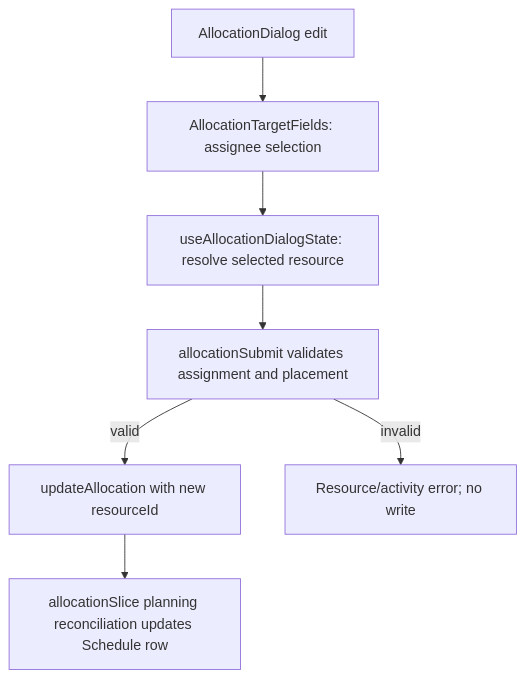
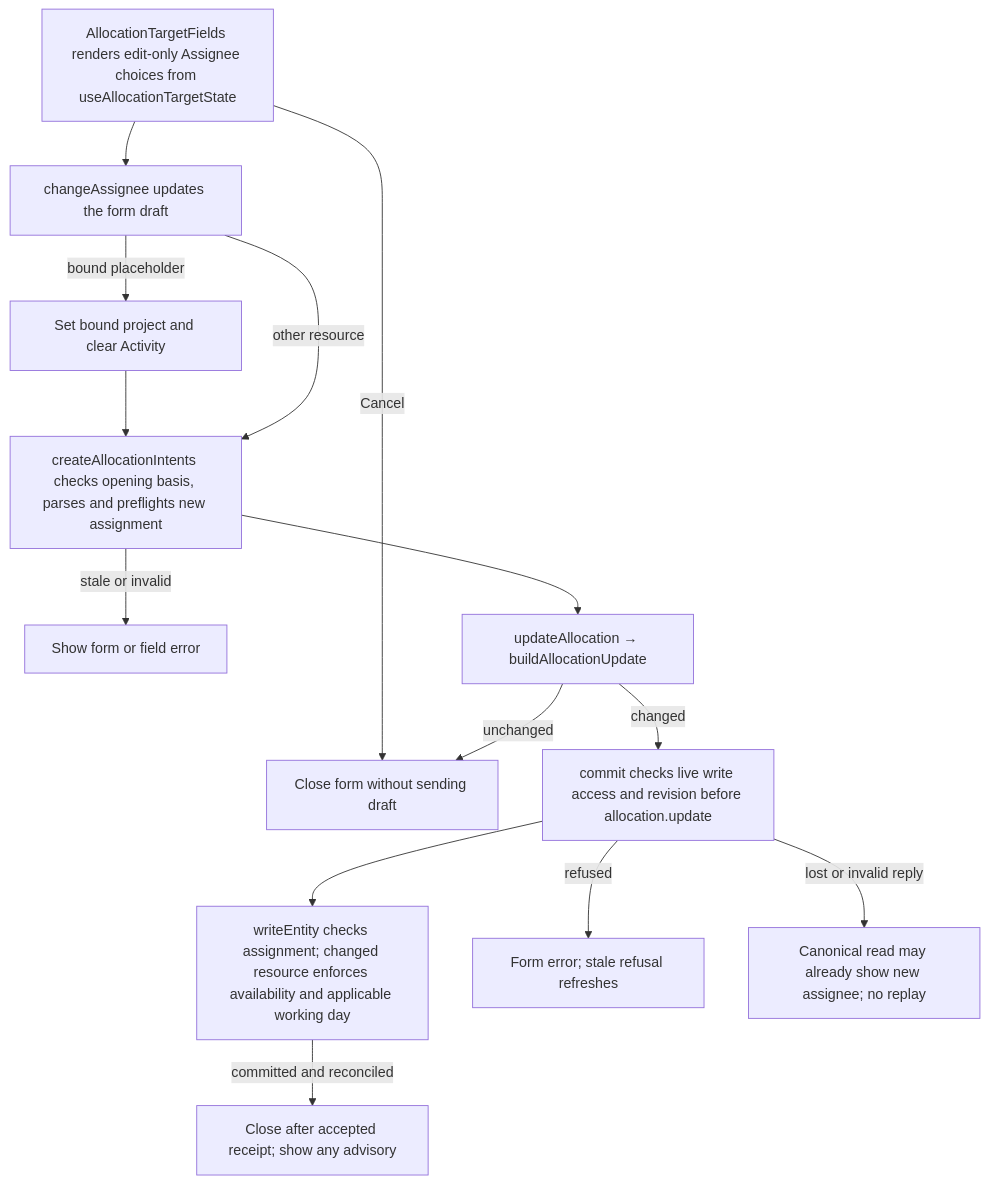
Before and after one commit to Kevinjohn/capacitylens: the second of 2 diagrams in user-stories/allocation/US-ALL-06-change-assignee.md, drawn with Mermaid. The commit also changed other lines of this file and 172 other files, not shown here.

Commit message:
docs: reconcile user story code flows with source

````diff
--- a/user-stories/allocation/US-ALL-06-change-assignee.md
+++ b/user-stories/allocation/US-ALL-06-change-assignee.md
@@ -40,9 +40,16 @@
 ```mermaid
 flowchart TD
-  A["AllocationDialog edit"] --> B["AllocationTargetFields: assignee selection"]
-  B --> C["useAllocationDialogState: resolve selected resource"]
-  C --> D["allocationSubmit validates assignment and placement"]
-  D -->|valid| E["updateAllocation with new resourceId"]
-  D -->|invalid| F["Resource/activity error; no write"]
-  E --> G["allocationSlice planning reconciliation updates Schedule row"]
+  Edit["AllocationTargetFields renders edit-only Assignee choices from useAllocationTargetState"] --> Change["changeAssignee updates the form draft"]
+  Change -->|bound placeholder| Reset["Set bound project and clear Activity"]
+  Reset --> Submit["createAllocationIntents checks opening basis, parses and preflights new assignment"]
+  Change -->|other resource| Submit
+  Edit -->|Cancel| Closed["Close form without sending draft"]
+  Submit -->|stale or invalid| Field["Show form or field error"]
+  Submit --> Update["updateAllocation → buildAllocationUpdate"]
+  Update -->|unchanged| Closed
+  Update -->|changed| Commit["commit checks live write access and revision before allocation.update"]
+  Commit --> Write["writeEntity checks assignment; changed resource enforces availability and applicable working day"]
+  Write -->|committed and reconciled| Saved["Close after accepted receipt; show any advisory"]
+  Commit -->|refused| Refusal["Form error; stale refusal refreshes"]
+  Commit -->|lost or invalid reply| Unknown["Canonical read may already show new assignee; no replay"]
 ```
````
